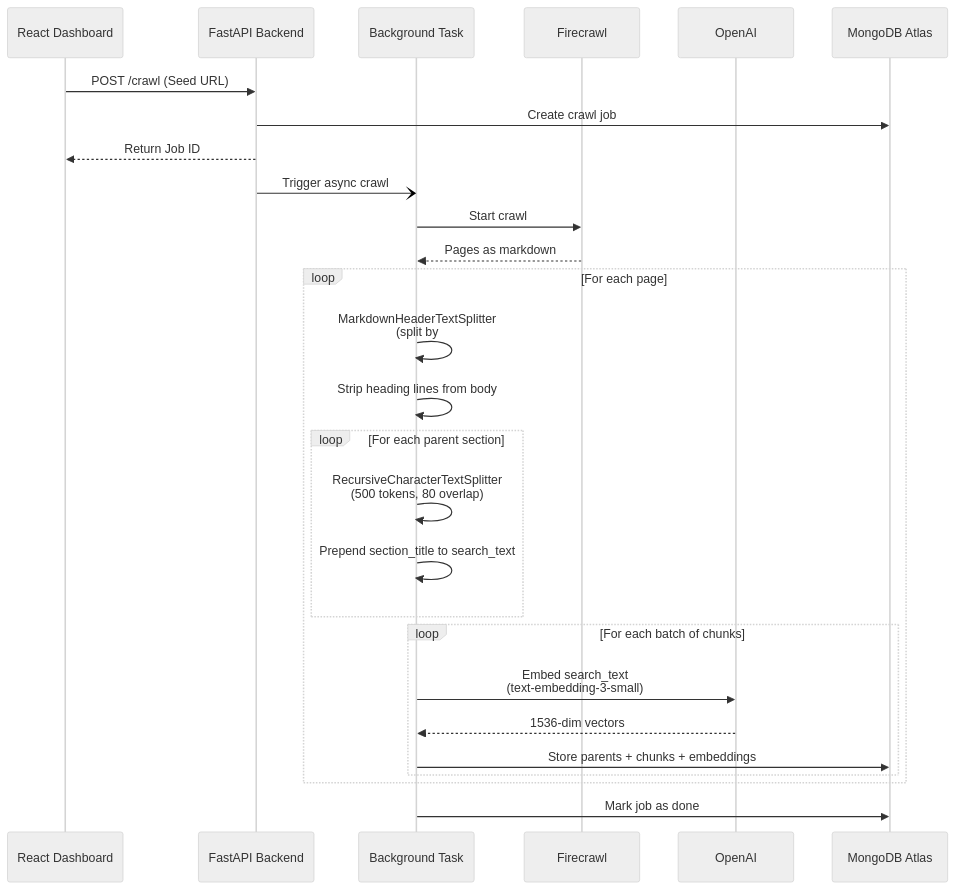
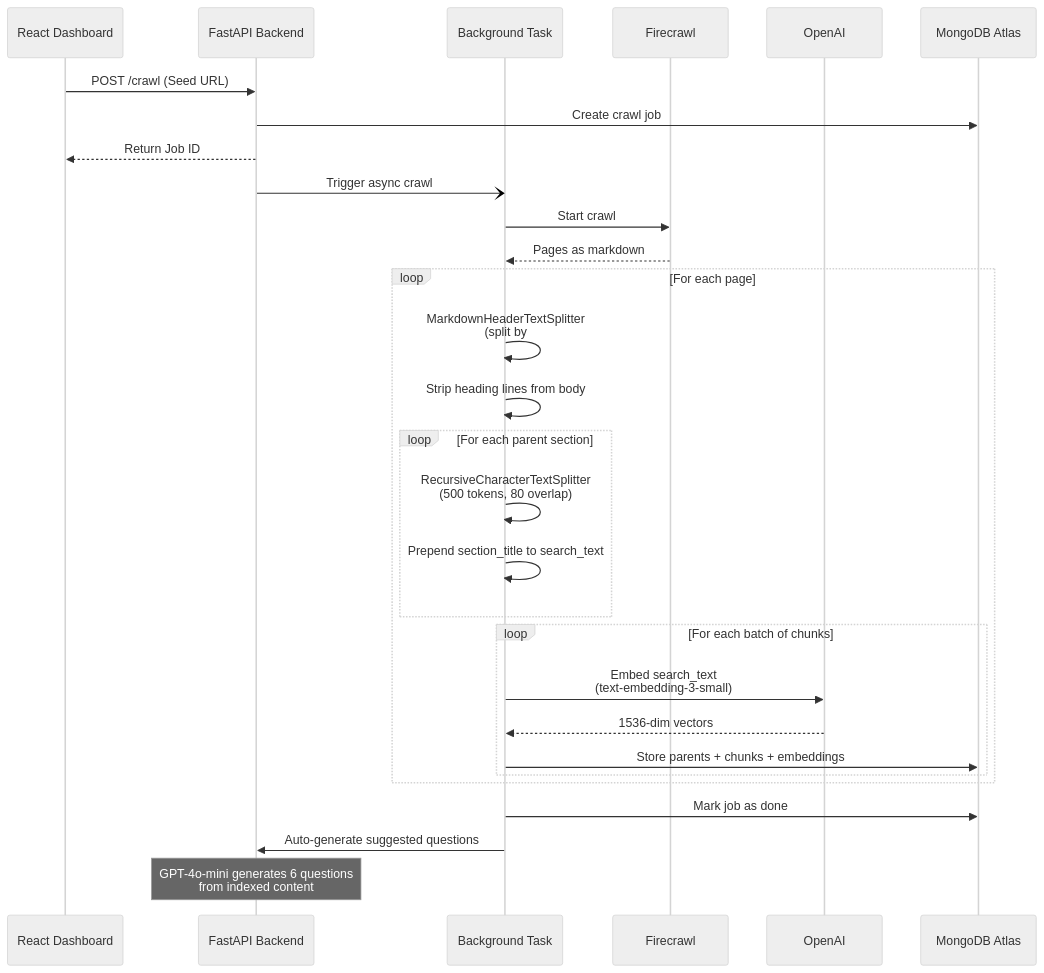
The third of 5 diagrams in README.md (Himanshu-Jha-rgb/AI_Chatbot_widget), drawn with Mermaid (neutral theme) before and after one commit. The commit also changed other lines of this file and 13 other files, not shown here.

````diff
--- a/README.md
+++ b/README.md
@@ -71,35 +71,37 @@
 ```mermaid
 sequenceDiagram
     participant Dashboard as React Dashboard
     participant API as FastAPI Backend
     participant Crawler as Background Task
     participant Firecrawl
     participant OpenAI
     participant DB as MongoDB Atlas
     
     Dashboard->>API: POST /crawl (Seed URL)
     API->>DB: Create crawl job
     API-->>Dashboard: Return Job ID
     API-)Crawler: Trigger async crawl
     
     Crawler->>Firecrawl: Start crawl
     Firecrawl-->>Crawler: Pages as markdown
     
     loop For each page
         Crawler->>Crawler: MarkdownHeaderTextSplitter<br/>(split by #/##/###/####)
         Crawler->>Crawler: Strip heading lines from body
         
         loop For each parent section
             Crawler->>Crawler: RecursiveCharacterTextSplitter<br/>(500 tokens, 80 overlap)
             Crawler->>Crawler: Prepend section_title to search_text
         end
         
         loop For each batch of chunks
             Crawler->>OpenAI: Embed search_text<br/>(text-embedding-3-small)
             OpenAI-->>Crawler: 1536-dim vectors
             Crawler->>DB: Store parents + chunks + embeddings
         end
     end
     
     Crawler->>DB: Mark job as done
+    Crawler->>API: Auto-generate suggested questions
+    Note over API: GPT-4o-mini generates 6 questions<br/>from indexed content
 ```
````
